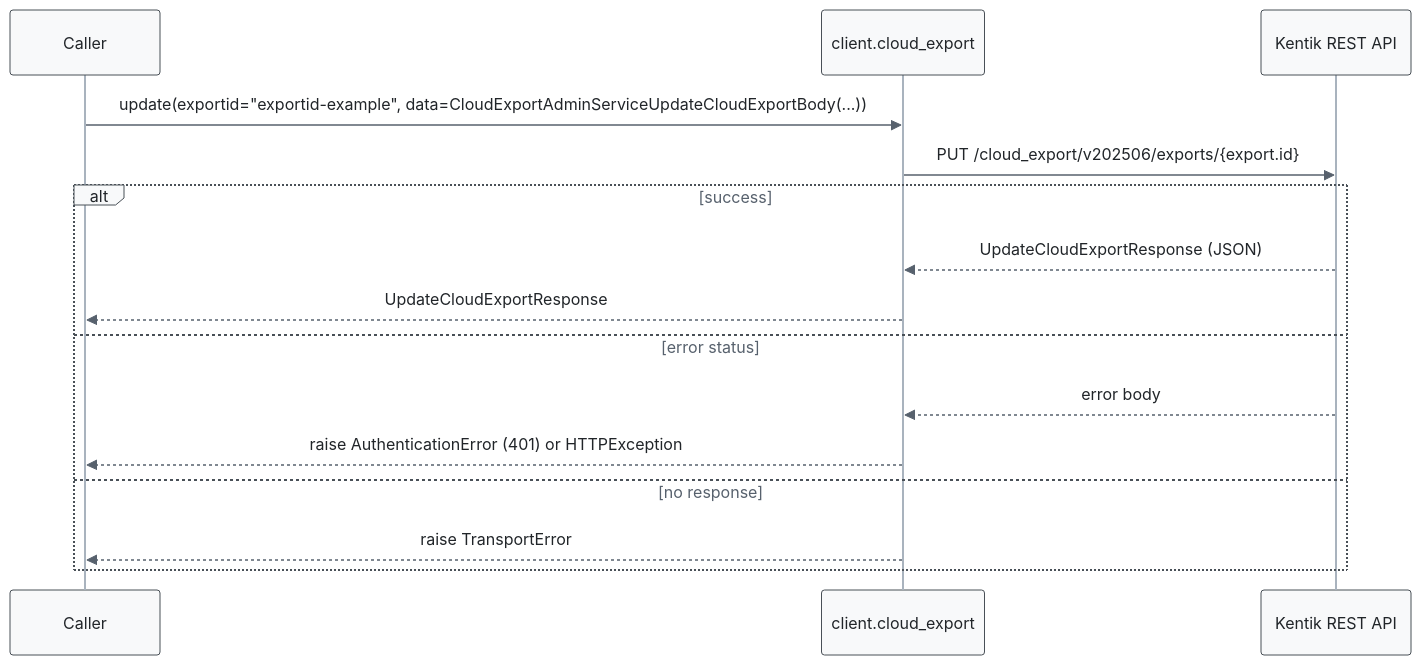
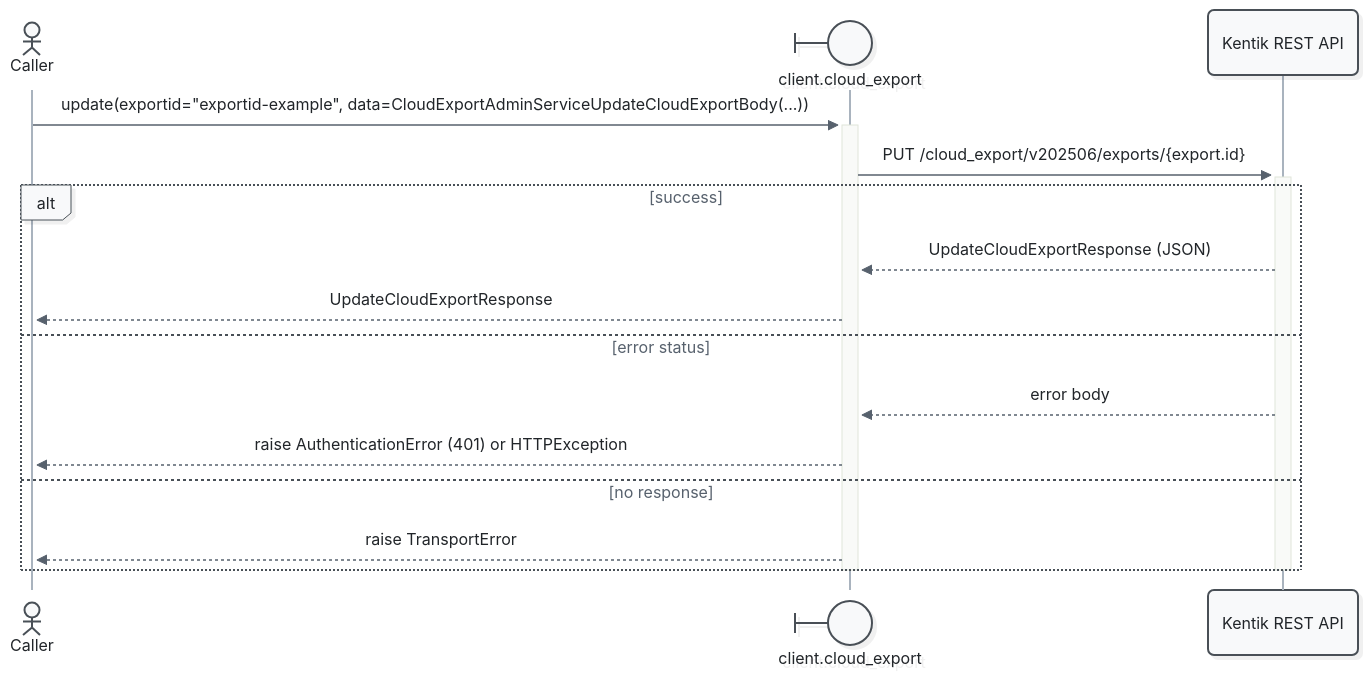
One commit to alexdearaujo/community_sdk_python changed the seventh of 11 diagrams in docs/sphinx/services/cloud_export.md. Above: the diagram before and after it, drawn with Mermaid. The commit also changed other lines of this file and 52 other files, not shown here.

First line of the commit message:
docs: Mermaid 12 sequence diagrams with participant types and path colors

````diff
--- a/docs/sphinx/services/cloud_export.md
+++ b/docs/sphinx/services/cloud_export.md
@@ -260,19 +275,21 @@
 ```mermaid
-%%{init: {"theme": "base", "fontFamily": "ui-monospace, SFMono-Regular, Menlo, monospace", "themeVariables": {"fontFamily": "ui-monospace, SFMono-Regular, Menlo, monospace", "primaryColor": "#f8f9fa", "primaryBorderColor": "#495057", "primaryTextColor": "#212529", "textColor": "#212529", "lineColor": "#77818c", "edgeLabelBackground": "#ffffff", "actorBkg": "#f8f9fa", "actorBorder": "#495057", "actorTextColor": "#212529", "actorLineColor": "#a9b3be", "signalColor": "#57616d", "signalTextColor": "#212529", "labelBoxBkgColor": "#f8f9fa", "labelBoxBorderColor": "#495057", "labelTextColor": "#212529", "loopTextColor": "#57616d", "noteBkgColor": "#fff9db", "noteBorderColor": "#f08c00", "noteTextColor": "#a35a00"}, "flowchart": {"curve": "step", "nodeSpacing": 30, "rankSpacing": 70, "wrappingWidth": 400}}}%%
+%%{init: {"theme": "redux", "look": "neo", "layout": "dagre", "fontFamily": "ui-monospace, SFMono-Regular, Menlo, monospace", "themeVariables": {"fontFamily": "ui-monospace, SFMono-Regular, Menlo, monospace", "primaryColor": "#f8f9fa", "primaryBorderColor": "#495057", "primaryTextColor": "#212529", "textColor": "#212529", "lineColor": "#77818c", "edgeLabelBackground": "#ffffff", "actorBkg": "#f8f9fa", "actorBorder": "#495057", "actorTextColor": "#212529", "actorLineColor": "#a9b3be", "signalColor": "#57616d", "signalTextColor": "#212529", "labelBoxBkgColor": "#f8f9fa", "labelBoxBorderColor": "#495057", "labelTextColor": "#212529", "loopTextColor": "#57616d", "noteBkgColor": "#fff9db", "noteBorderColor": "#f08c00", "noteTextColor": "#a35a00"}, "sequence": {"activationWidth": 16}, "flowchart": {"curve": "step", "nodeSpacing": 30, "rankSpacing": 70, "wrappingWidth": 400}}}%%
 sequenceDiagram
-    participant C as Caller
-    participant W as client.cloud_export
+    actor C as Caller
+    participant W@{ "type": "boundary" } as client.cloud_export
     participant API as Kentik REST API
 
-    C->>W: update(exportid="exportid-example", data=CloudExportAdminServiceUpdateCloudExportBody(...))
-    W->>API: PUT /cloud_export/v202506/exports/{export.id}
+    C->>+W: update(exportid="exportid-example", data=CloudExportAdminServiceUpdateCloudExportBody(...))
+    W->>+API: PUT /cloud_export/v202506/exports/{export.id}
     alt success
         API-->>W: UpdateCloudExportResponse (JSON)
         W-->>C: UpdateCloudExportResponse
     else error status
         API-->>W: error body
         W-->>C: raise AuthenticationError (401) or HTTPException
     else no response
         W-->>C: raise TransportError
     end
+    deactivate API
+    deactivate W
 ```
````
